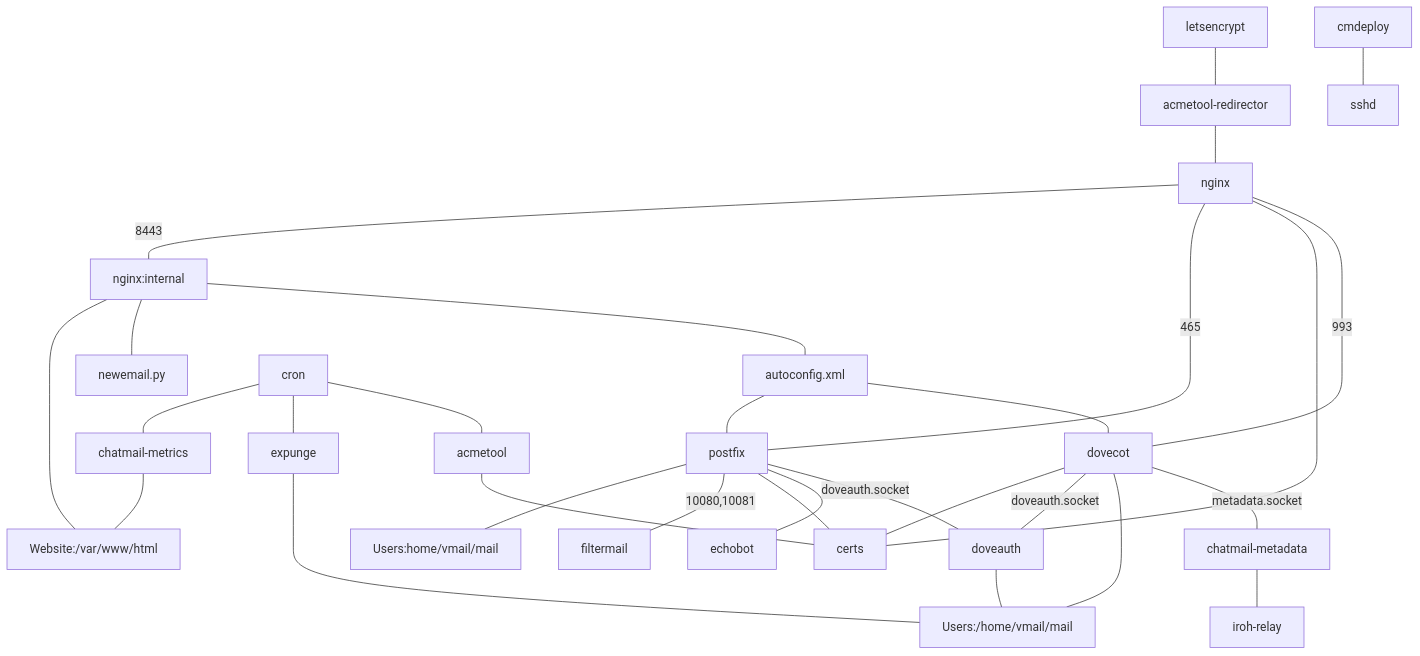
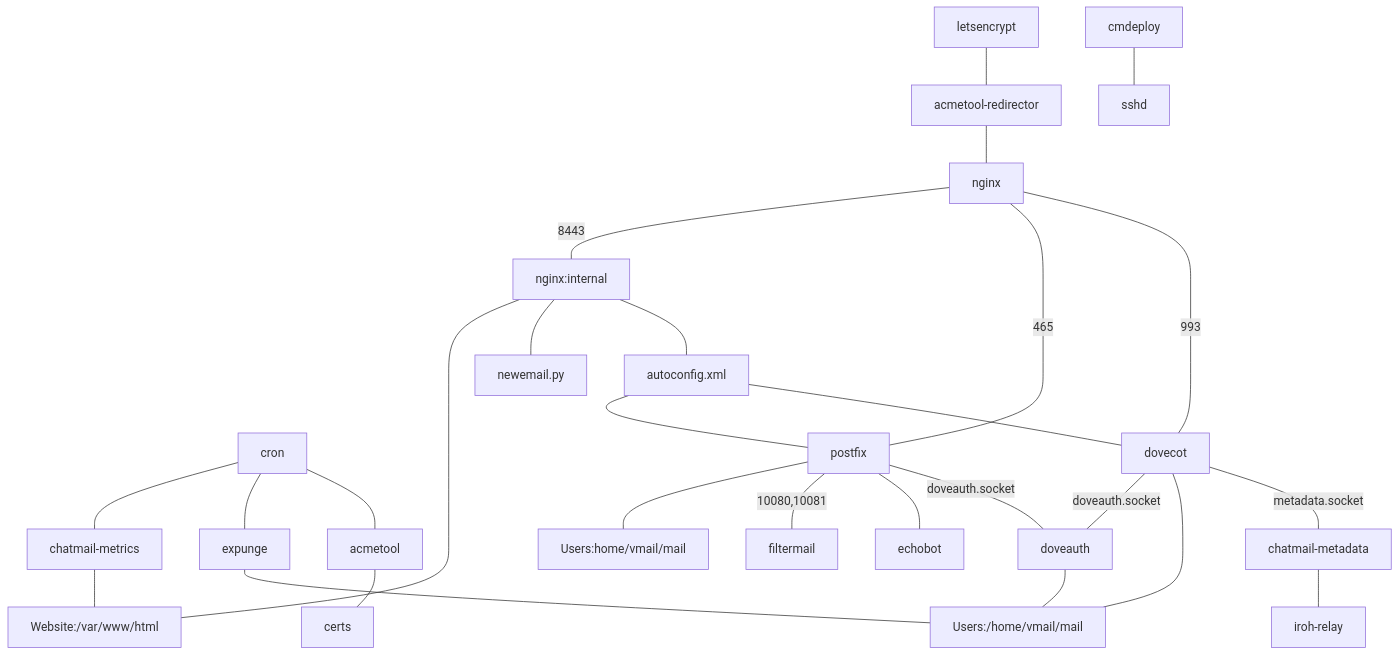
The diagram in ARCHITECTURE.md (cliffmccarthy/chatmail-relay), drawn with Mermaid before and after one commit.

Commit message:
Remove service links to certs

````diff
--- a/ARCHITECTURE.md
+++ b/ARCHITECTURE.md
@@ -4,32 +4,29 @@
 ```mermaid
 graph TD;
     letsencrypt --- acmetool-redirector;
     acmetool-redirector --- nginx;
     nginx --- |8443|nginx:internal;
     nginx:internal --- Website:/var/www/html;
     nginx:internal --- newemail.py;
     nginx:internal --- autoconfig.xml;
     cron --- chatmail-metrics;
     cron --- expunge;
     cron --- acmetool;
     chatmail-metrics --- Website:/var/www/html;
     acmetool --- certs;
     nginx --- |465|postfix;
-    nginx --- certs;
     nginx --- |993|dovecot;
     autoconfig.xml --- postfix;
     autoconfig.xml --- dovecot;
     postfix --- Users:home/vmail/mail;
     postfix --- |10080,10081|filtermail;
-    postfix --- certs;
     postfix --- echobot;
     postfix --- |doveauth.socket|doveauth;
-    dovecot --- certs;
     dovecot --- |doveauth.socket|doveauth;
     dovecot --- Users:/home/vmail/mail;
     dovecot --- |metadata.socket|chatmail-metadata;
     doveauth --- Users:/home/vmail/mail;
     expunge --- Users:/home/vmail/mail;
     chatmail-metadata --- iroh-relay;
     cmdeploy --- sshd;
 ```
````
